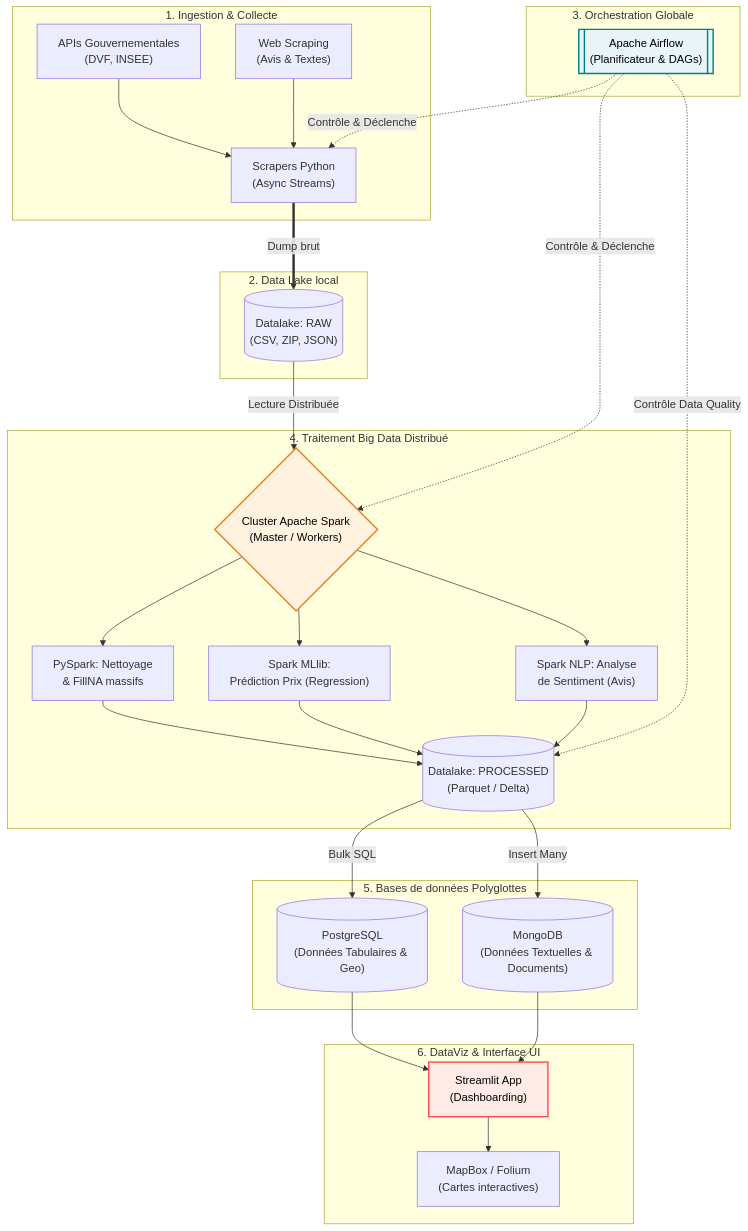
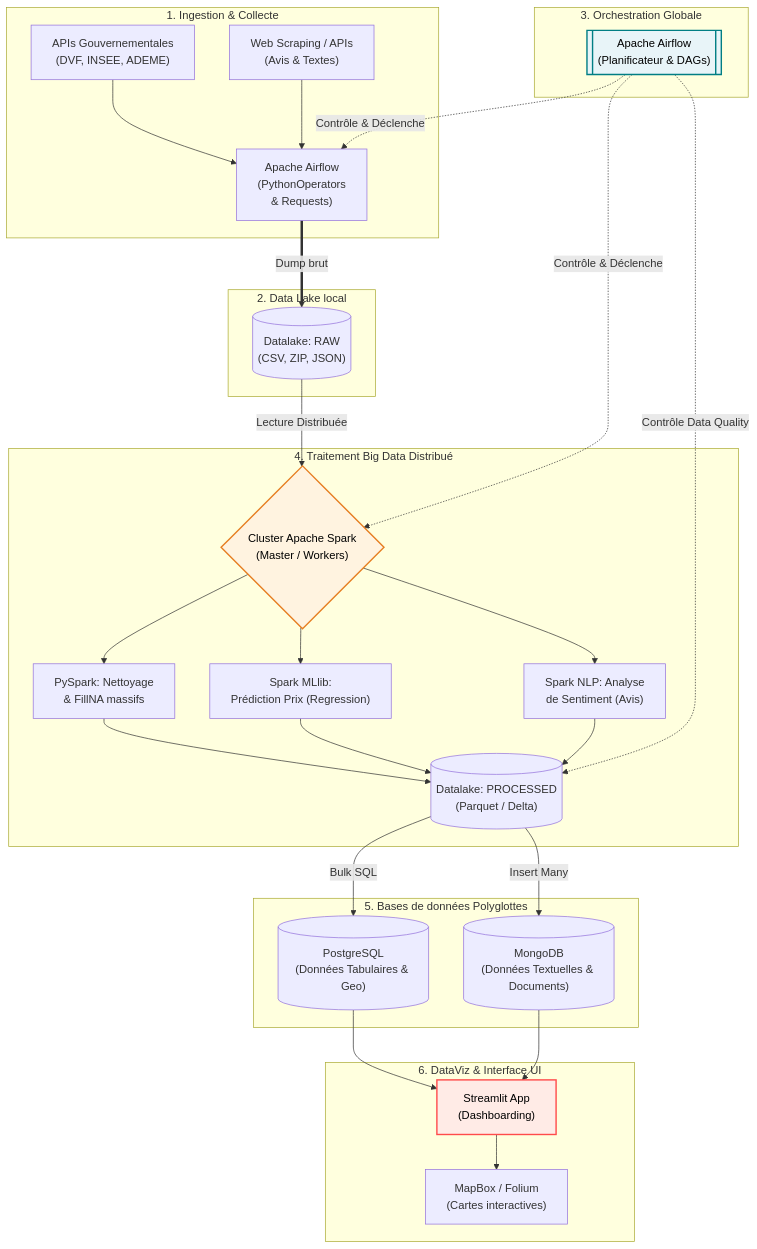
The first of 3 diagrams in CASAPEDIA_DOC.md (Honkpehedji-Stanley/Casapedia), drawn with Mermaid before and after one commit. The commit also changed other lines of this file, not shown here.

Commit message:
docs: Update CASAPEDIA_DOC.md to reflect new Airflow ELT extraction architecture

````diff
--- a/CASAPEDIA_DOC.md
+++ b/CASAPEDIA_DOC.md
@@ -20,59 +20,59 @@
 ```mermaid
 flowchart TD
     subgraph S1[1. Ingestion & Collecte]
-        A["Scrapers Python \n(Async Streams)"]
-        B["APIs Gouvernementales \n(DVF, INSEE)"]
-        C["Web Scraping\n(Avis & Textes)"]
+        A["Apache Airflow \n(PythonOperators \n& Requests)"]
+        B["APIs Gouvernementales \n(DVF, INSEE, ADEME)"]
+        C["Web Scraping / APIs\n(Avis & Textes)"]
         B --> A
         C --> A
     end
 
     subgraph S2[2. Data Lake local]
         DL_RAW[("Datalake: RAW\n(CSV, ZIP, JSON)")]
         A == "Dump brut" ==> DL_RAW
     end
 
     subgraph S3[3. Orchestration Globale]
         AF[["Apache Airflow\n(Planificateur & DAGs)"]]
     end
 
     subgraph S4[4. Traitement Big Data Distribué]
         SP_M{"Cluster Apache Spark\n(Master / Workers)"}
         P1["PySpark: Nettoyage\n& FillNA massifs"]
         P2["Spark MLlib: \nPrédiction Prix (Regression)"]
         P3["Spark NLP: Analyse\nde Sentiment (Avis)"]
         DL_PRO[("Datalake: PROCESSED\n(Parquet / Delta)")]
         
         DL_RAW -->|Lecture Distribuée| SP_M
         SP_M --> P1
         SP_M --> P2
         SP_M --> P3
         P1 --> DL_PRO
         P2 --> DL_PRO
         P3 --> DL_PRO
     end
 
     subgraph S5[5. Bases de données Polyglottes]
         PG[("PostgreSQL\n(Données Tabulaires & Geo)")]
         MG[("MongoDB\n(Données Textuelles & Documents)")]
         DL_PRO -->|Bulk SQL| PG
         DL_PRO -->|Insert Many| MG
     end
 
     subgraph S6[6. DataViz & Interface UI]
         ST["Streamlit App\n(Dashboarding)"]
         MB["MapBox / Folium\n(Cartes interactives)"]
         PG --> ST
         MG --> ST
         ST --> MB
     end
 
     %% Les liens de contrôle d'Airflow (en pointillés rouges)
     AF -. "Contrôle & Déclenche" .-> A
     AF -. "Contrôle & Déclenche" .-> SP_M
     AF -. "Contrôle Data Quality" .-> DL_PRO
     
     style AF fill:#e8f4f8,stroke:#017e84,stroke-width:2px,color:#000
     style SP_M fill:#fff3e0,stroke:#e67e22,stroke-width:2px,color:#000
     style ST fill:#ffebe6,stroke:#ff4b4b,stroke-width:2px,color:#000
 ```
````
